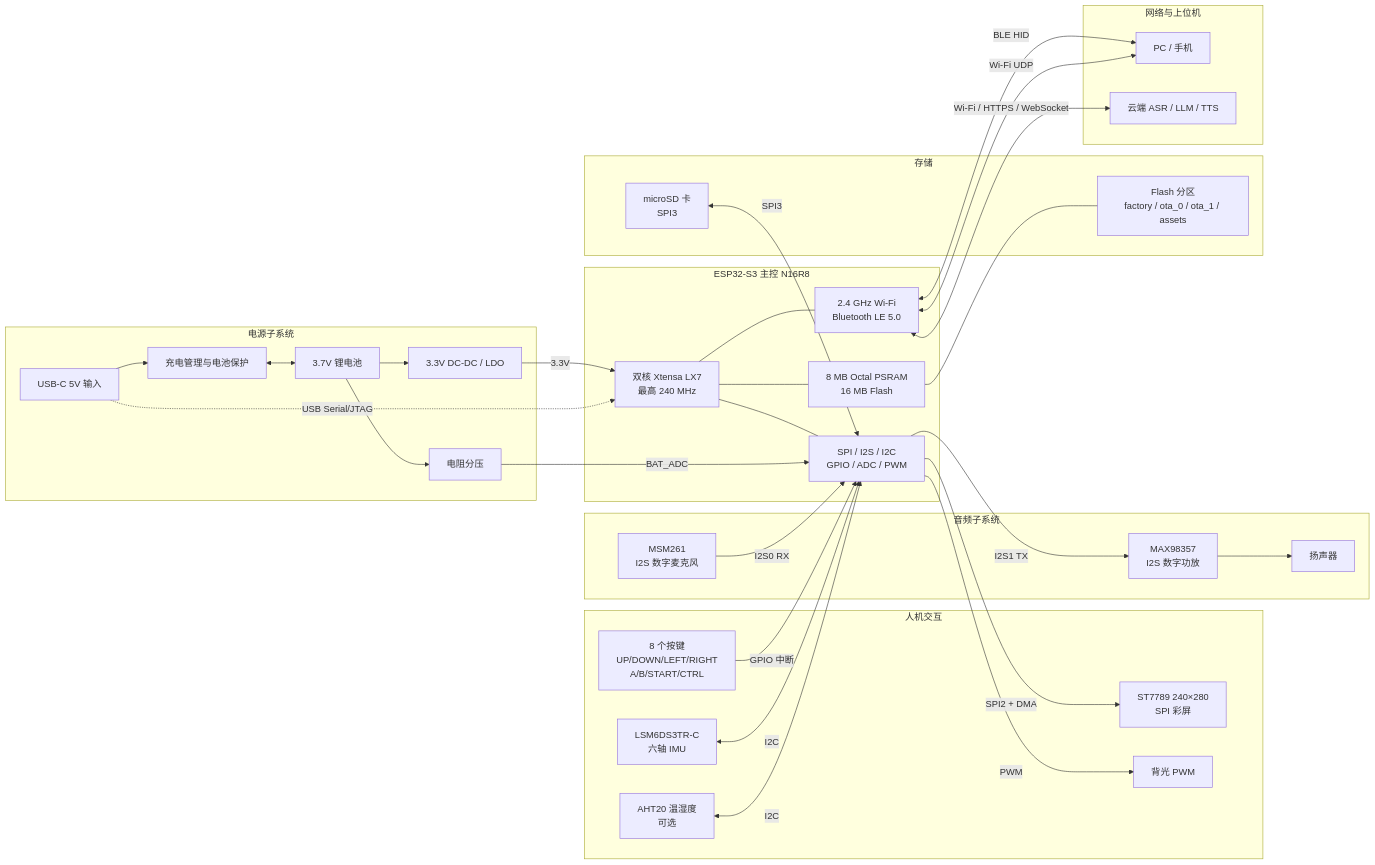
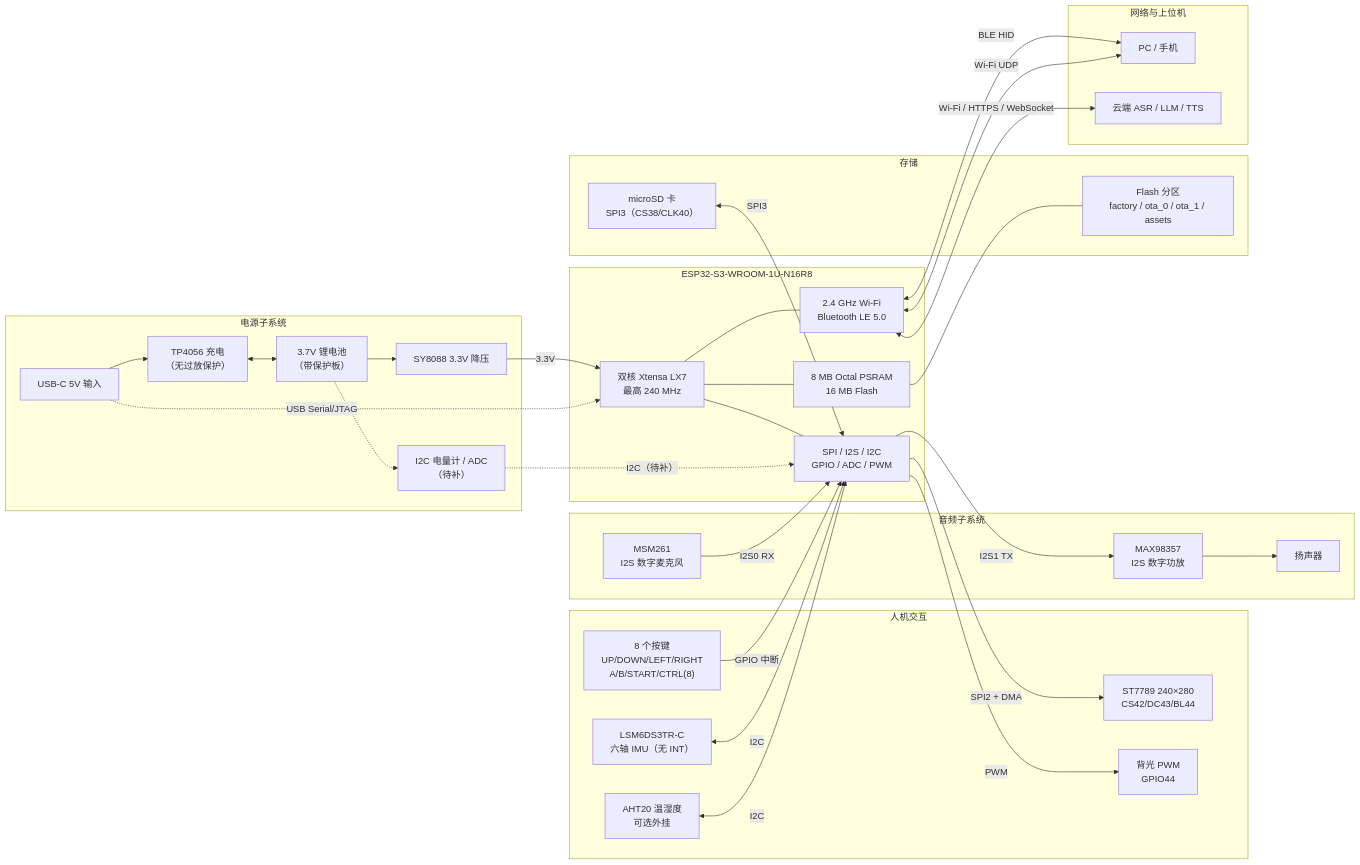
Before and after one commit to WPxyz-moon/ESP32HandledConsole: the first of 3 diagrams in docs/01-系统框图.md, drawn with Mermaid. The commit also changed other lines of this file and 25 other files, not shown here.

````diff
--- a/docs/01-系统框图.md
+++ b/docs/01-系统框图.md
@@ -23,65 +29,65 @@
 ```mermaid
 flowchart LR
     subgraph PWR["电源子系统"]
         USB["USB-C 5V 输入"]
-        CHG["充电管理与电池保护"]
-        BAT["3.7V 锂电池"]
-        REG["3.3V DC-DC / LDO"]
-        DIV["电阻分压"]
+        CHG["TP4056 充电<br/>（无过放保护）"]
+        BAT["3.7V 锂电池<br/>（带保护板）"]
+        REG["SY8088 3.3V 降压"]
+        GAUGE["I2C 电量计 / ADC<br/>（待补）"]
         USB --> CHG
         CHG <--> BAT
         BAT --> REG
-        BAT --> DIV
+        BAT -.-> GAUGE
     end
 
-    subgraph MCU["ESP32-S3 主控 N16R8"]
+    subgraph MCU["ESP32-S3-WROOM-1U-N16R8"]
         CPU["双核 Xtensa LX7<br/>最高 240 MHz"]
         MEM["8 MB Octal PSRAM<br/>16 MB Flash"]
         RF["2.4 GHz Wi-Fi<br/>Bluetooth LE 5.0"]
         IO["SPI / I2S / I2C<br/>GPIO / ADC / PWM"]
         CPU --- MEM
         CPU --- RF
         CPU --- IO
     end
 
     subgraph HMI["人机交互"]
-        LCD["ST7789 240×280<br/>SPI 彩屏"]
-        BL["背光 PWM"]
-        KEY["8 个按键<br/>UP/DOWN/LEFT/RIGHT<br/>A/B/START/CTRL"]
-        IMU["LSM6DS3TR-C<br/>六轴 IMU"]
-        AHT["AHT20 温湿度<br/>可选"]
+        LCD["ST7789 240×280<br/>CS42/DC43/BL44"]
+        BL["背光 PWM<br/>GPIO44"]
+        KEY["8 个按键<br/>UP/DOWN/LEFT/RIGHT<br/>A/B/START/CTRL(8)"]
+        IMU["LSM6DS3TR-C<br/>六轴 IMU（无 INT）"]
+        AHT["AHT20 温湿度<br/>可选外挂"]
     end
 
     subgraph AUDIO["音频子系统"]
         MIC["MSM261<br/>I2S 数字麦克风"]
         AMP["MAX98357<br/>I2S 数字功放"]
         SPK["扬声器"]
     end
 
     subgraph STORAGE["存储"]
-        SD["microSD 卡<br/>SPI3"]
+        SD["microSD 卡<br/>SPI3（CS38/CLK40）"]
         FLASH["Flash 分区<br/>factory / ota_0 / ota_1 / assets"]
     end
 
     subgraph CLOUD["网络与上位机"]
         PC["PC / 手机"]
         API["云端 ASR / LLM / TTS"]
     end
 
     REG -->|"3.3V"| CPU
-    DIV -->|"BAT_ADC"| IO
+    GAUGE -.->|"I2C（待补）"| IO
     USB -.->|"USB Serial/JTAG"| CPU
     IO -->|"SPI2 + DMA"| LCD
     IO -->|"PWM"| BL
     KEY -->|"GPIO 中断"| IO
     IMU <-->|"I2C"| IO
     AHT <-->|"I2C"| IO
     MIC -->|"I2S0 RX"| IO
     IO -->|"I2S1 TX"| AMP
     AMP --> SPK
     SD <-->|"SPI3"| IO
     MEM --- FLASH
     RF <-->|"Wi-Fi / HTTPS / WebSocket"| API
     RF <-->|"BLE HID"| PC
     RF <-->|"Wi-Fi UDP"| PC
 ```
````
